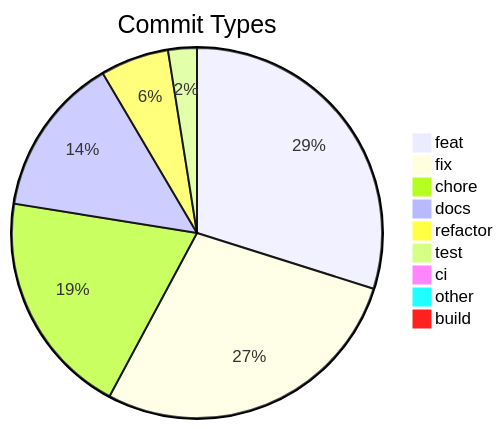
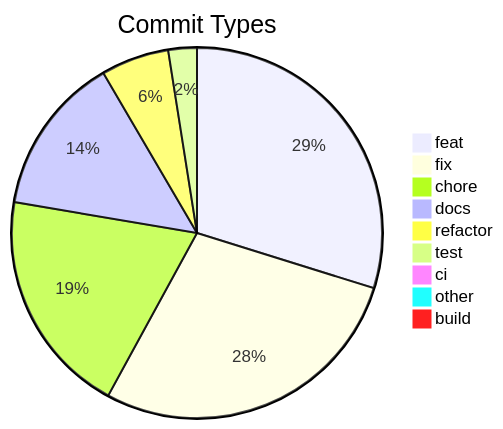
One commit to svenroth-ai/shipwright changed the diagram in .shipwright/compliance/change-history.md. Above: the diagram before and after it, drawn with Mermaid. The commit also changed other lines of this file and 7 other files, not shown here.

````diff
--- a/.shipwright/compliance/change-history.md
+++ b/.shipwright/compliance/change-history.md
@@ -8,12 +8,12 @@
 ```mermaid
 pie title Commit Types
-    "feat" : 250
-    "fix" : 234
-    "chore" : 165
+    "feat" : 251
+    "fix" : 237
+    "chore" : 166
     "docs" : 117
     "refactor" : 50
     "test" : 21
     "ci" : 7
     "other" : 7
     "build" : 1
 ```
````
